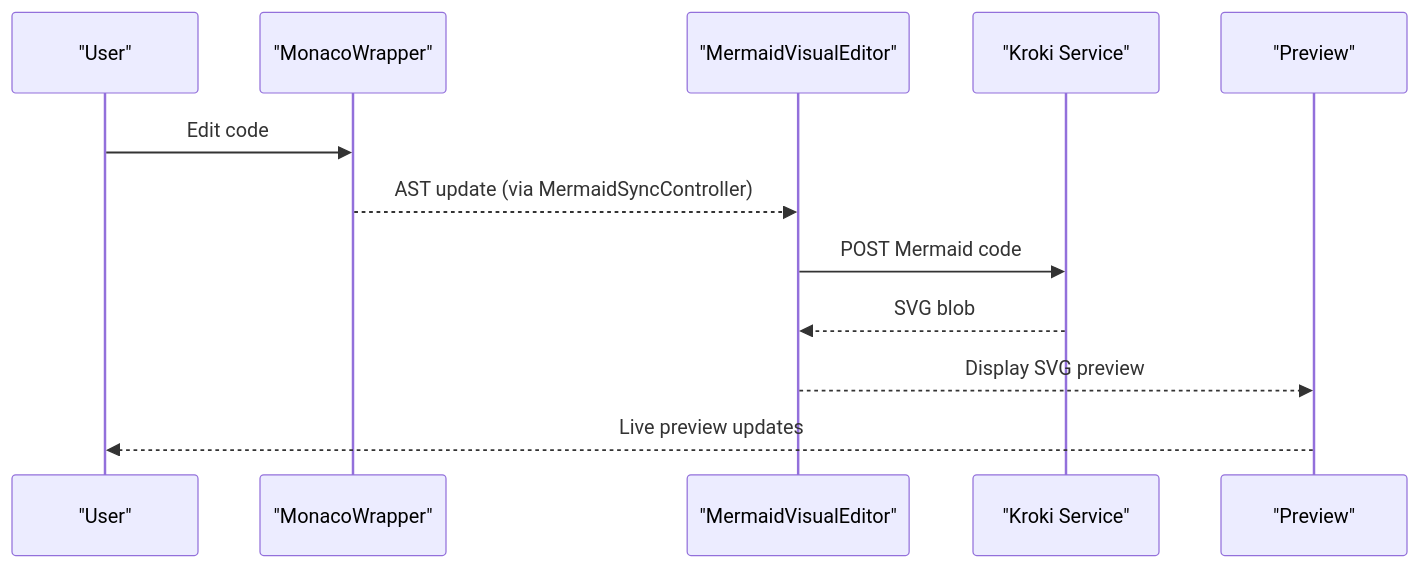
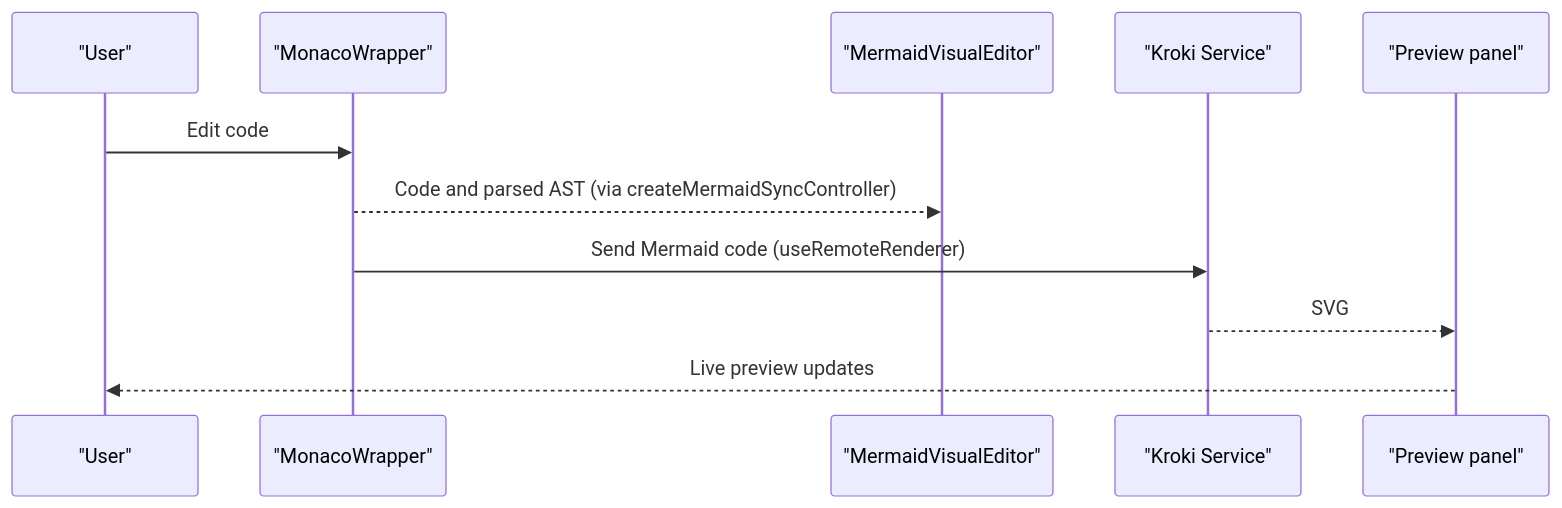
The second of 4 diagrams in .qoder/repowiki/en/content/Getting Started.md (ongchonghian/universal-diagram-editor), drawn with Mermaid before and after one commit. The commit also changed other lines of this file and 31 other files, not shown here.

````diff
--- a/.qoder/repowiki/en/content/Getting Started.md
+++ b/.qoder/repowiki/en/content/Getting Started.md
@@ -92,14 +91,13 @@
 ```mermaid
 sequenceDiagram
 participant U as "User"
 participant M as "MonacoWrapper"
 participant V as "MermaidVisualEditor"
 participant K as "Kroki Service"
-participant P as "Preview"
+participant P as "Preview panel"
 U->>M : Edit code
-M-->>V : AST update (via MermaidSyncController)
-V->>K : POST Mermaid code
-K-->>V : SVG blob
-V-->>P : Display SVG preview
+M-->>V : Code and parsed AST (via createMermaidSyncController)
+M->>K : Send Mermaid code (useRemoteRenderer)
+K-->>P : SVG
 P-->>U : Live preview updates
 ```
````
